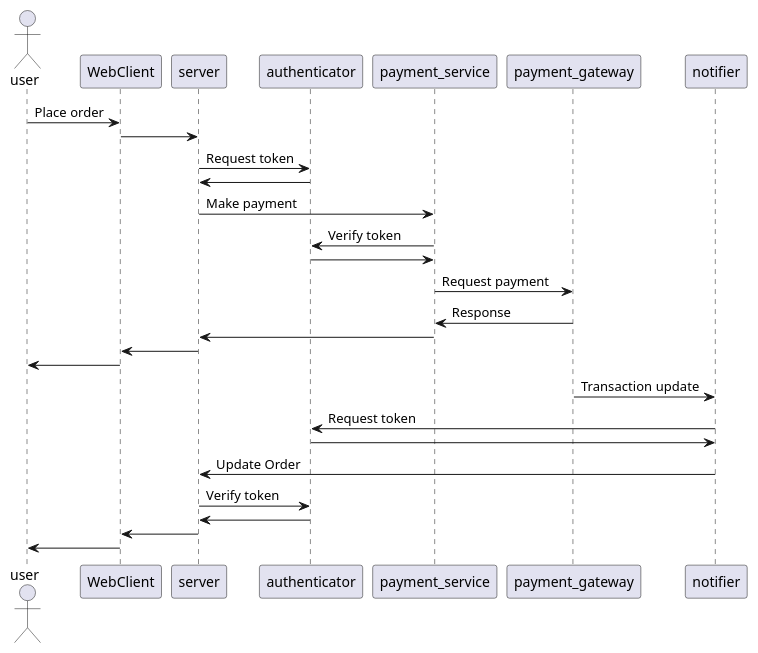
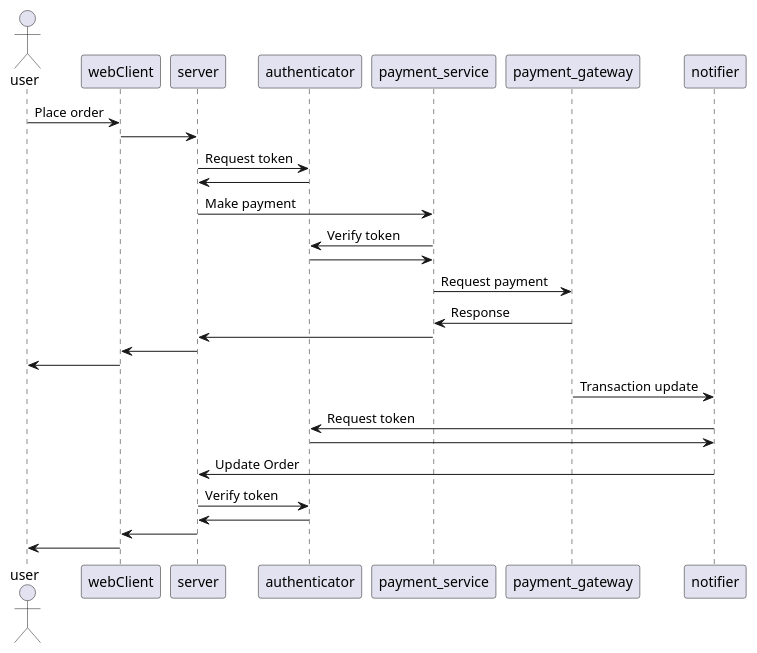
Before and after one commit to luismramirezr/gadolinium: the first of 2 diagrams in README.md, drawn with PlantUML. The commit also changed other lines of this file, not shown here.

````diff
--- a/README.md
+++ b/README.md
@@ -14,23 +14,23 @@
 ```plantuml
 actor user
-user -> WebClient : Place order
-WebClient -> server
+user -> webClient : Place order
+webClient -> server
 server -> authenticator : Request token
 authenticator -> server
 server -> payment_service : Make payment
 payment_service -> authenticator : Verify token
 authenticator -> payment_service
 payment_service -> payment_gateway : Request payment
 payment_gateway -> payment_service : Response
 payment_service -> server
-server -> WebClient
-WebClient -> user
+server -> webClient
+webClient -> user
 payment_gateway -> notifier : Transaction update
 notifier -> authenticator : Request token
 authenticator -> notifier
 notifier -> server : Update Order
 server -> authenticator : Verify token
 authenticator -> server
-server -> WebClient
-WebClient -> user
+server -> webClient
+webClient -> user
 ```
````
